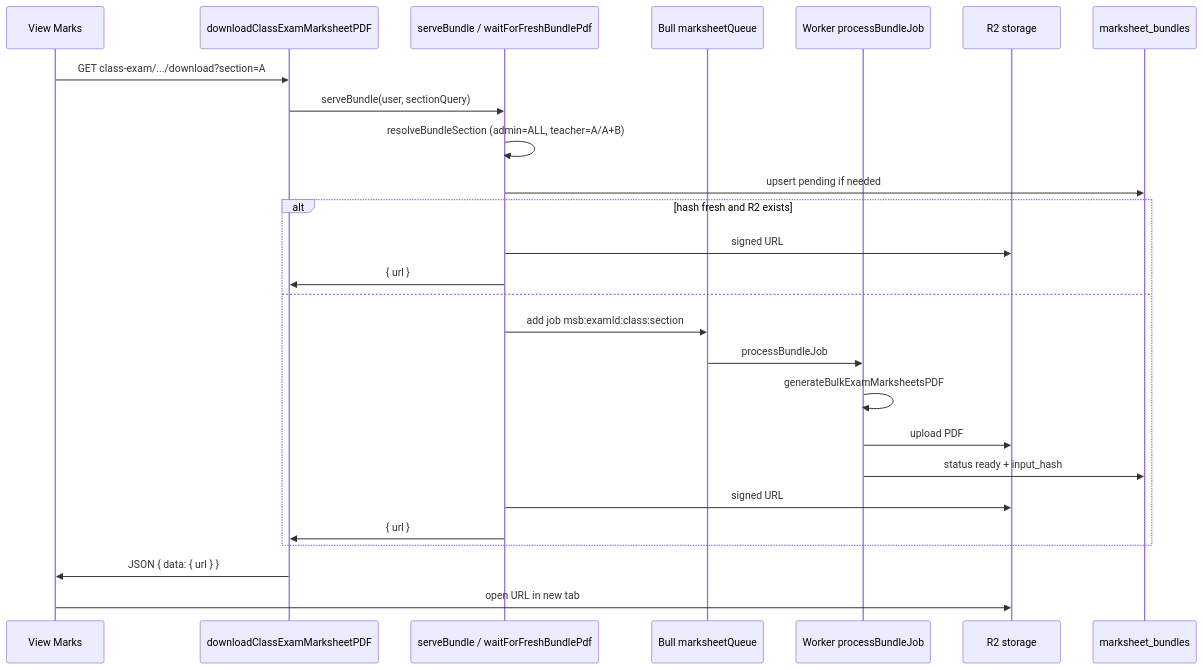
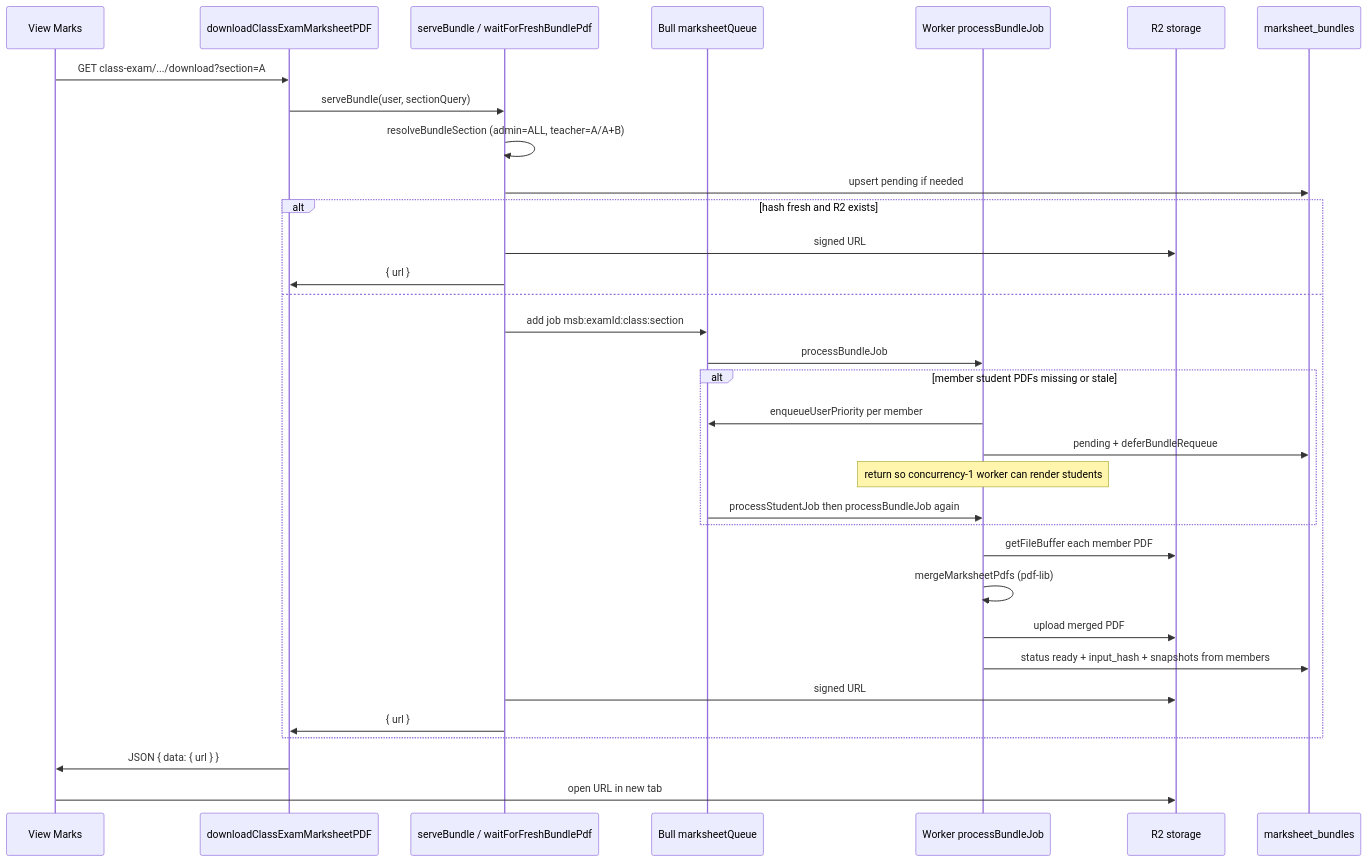
Before and after one commit to Mutiur03/School: the third of 5 diagrams in server/docs/marksheet-regeneration.md, drawn with Mermaid. The commit also changed other lines of this file and 12 other files, not shown here.

First line of the commit message:
feat: increase marksheet worker concurrency and improve teacher signature handling

````diff
--- a/server/docs/marksheet-regeneration.md
+++ b/server/docs/marksheet-regeneration.md
@@ -390,29 +389,36 @@
 ```mermaid
 sequenceDiagram
   participant UI as View Marks
   participant API as downloadClassExamMarksheetPDF
   participant Svc as serveBundle / waitForFreshBundlePdf
   participant Q as Bull marksheetQueue
   participant W as Worker processBundleJob
   participant R2 as R2 storage
   participant DB as marksheet_bundles
 
   UI->>API: GET class-exam/.../download?section=A
   API->>Svc: serveBundle(user, sectionQuery)
   Svc->>Svc: resolveBundleSection (admin=ALL, teacher=A/A+B)
   Svc->>DB: upsert pending if needed
   alt hash fresh and R2 exists
     Svc->>R2: signed URL
     Svc->>API: { url }
   else
     Svc->>Q: add job msb:examId:class:section
     Q->>W: processBundleJob
-    W->>W: generateBulkExamMarksheetsPDF
-    W->>R2: upload PDF
-    W->>DB: status ready + input_hash
+    alt member student PDFs missing or stale
+      W->>Q: enqueueUserPriority per member
+      W->>DB: pending + deferBundleRequeue
+      Note over W: return so concurrency-1 worker can render students
+      Q->>W: processStudentJob then processBundleJob again
+    end
+    W->>R2: getFileBuffer each member PDF
+    W->>W: mergeMarksheetPdfs (pdf-lib)
+    W->>R2: upload merged PDF
+    W->>DB: status ready + input_hash + snapshots from members
     Svc->>R2: signed URL
     Svc->>API: { url }
   end
   API->>UI: JSON { data: { url } }
   UI->>R2: open URL in new tab
 ```
````
